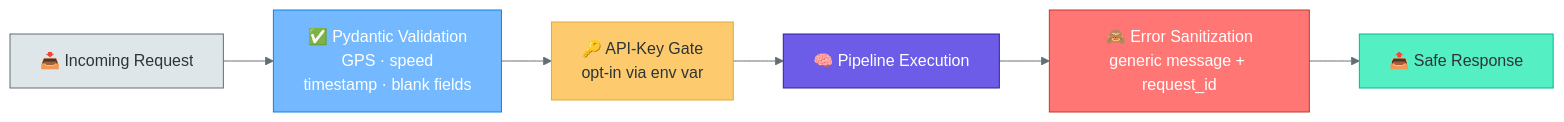
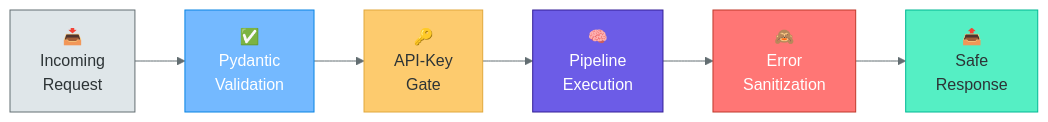
Diagram 12 of 15 in README.md (couder-04/NeuralAuth), drawn with Mermaid before and after one commit. The commit also changed other lines of this file, not shown here.

````diff
--- a/README.md
+++ b/README.md
@@ -532,16 +532,16 @@
 ```mermaid
 %%{init: {'theme':'base', 'themeVariables': {'primaryColor':'#e17055','primaryTextColor':'#fff','primaryBorderColor':'#a84832','lineColor':'#636e72'}}}%%
 flowchart LR
-    R["📥 Incoming Request"] --> V["✅ Pydantic Validation<br/>GPS · speed<br/>timestamp · blank fields"]
-    V --> K["🔑 API-Key Gate<br/>opt-in via env var"]
-    K --> P["🧠 Pipeline Execution"]
-    P --> E["🙈 Error Sanitization<br/>generic message + request_id"]
-    E --> Out["📤 Safe Response"]
+    R["📥<br/>Incoming<br/>Request"] --> V["✅<br/>Pydantic<br/>Validation"]
+    V --> K["🔑<br/>API-Key<br/>Gate"]
+    K --> P["🧠<br/>Pipeline<br/>Execution"]
+    P --> E["🙈<br/>Error<br/>Sanitization"]
+    E --> Out["📤<br/>Safe<br/>Response"]
 
     style R fill:#dfe6e9,stroke:#636e72,color:#2d3436
     style V fill:#74b9ff,stroke:#0984e3,color:#fff
     style K fill:#fdcb6e,stroke:#e1a83c,color:#2d3436
     style P fill:#6c5ce7,stroke:#341f97,color:#fff
     style E fill:#ff7675,stroke:#c0392b,color:#fff
     style Out fill:#55efc4,stroke:#00b894,color:#2d3436
 ```
````
